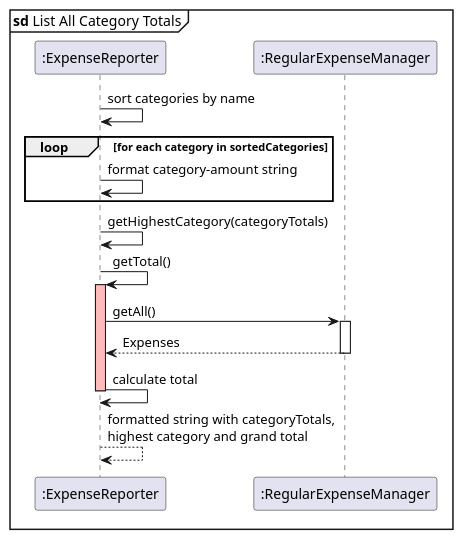
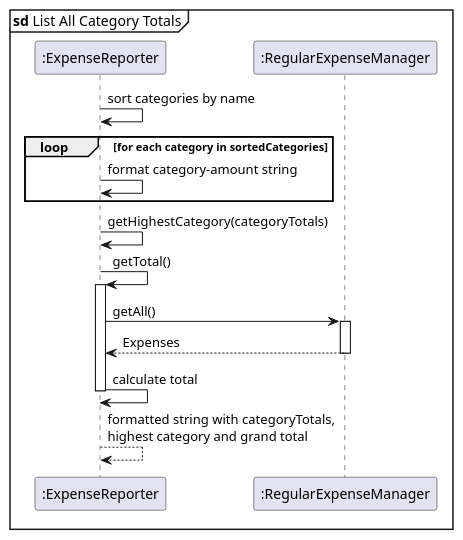
Before and after one commit to randust/tp: the diagram in docs/diagrams/sequence/summary_all.puml, drawn with PlantUML. The commit also changed 10 other files, not shown here.

Commit message:
minor cosmetic edits to sequence diagrams

```diff
--- a/docs/diagrams/sequence/summary_all.puml
+++ b/docs/diagrams/sequence/summary_all.puml
@@ -1,26 +1,26 @@
 @startuml
 
 participant ":ExpenseReporter" as ER
 participant ":RegularExpenseManager" as REM
 
 mainframe **sd** List All Category Totals
 ER -> ER: sort categories by name
 
 loop for each category in sortedCategories
 ER -> ER: format category-amount string
 end
 
 ER -> ER: getHighestCategory(categoryTotals)
 
 ER -> ER: getTotal()
-activate ER #FFBBBB
+activate ER #white
 
 ER -> REM ++ : getAll()
 REM --> ER -- : Expenses
 
 ER -> ER: calculate total
 deactivate ER
 
 ER --> ER: formatted string with categoryTotals, \nhighest category and grand total
 
 @enduml
```
